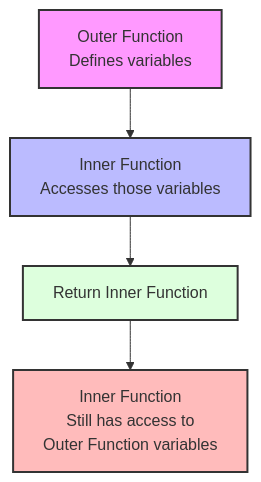
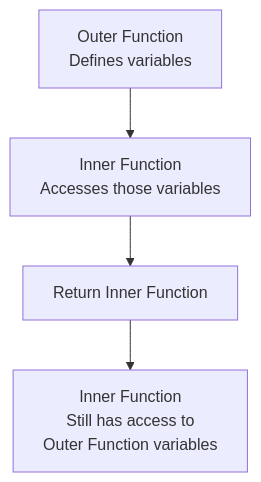
Before and after one commit to AhmeDiaaU/PythonDocumentation: the second of 9 diagrams in Functions/Closure.md, drawn with Mermaid. The commit also changed other lines of this file, not shown here.

````diff
--- a/Functions/Closure.md
+++ b/Functions/Closure.md
@@ -78,19 +41,6 @@
 ```mermaid
-
 flowchart TD
-
-    A["Outer Function<br>Defines variables"] --> B["Inner Function<br>Accesses those variables"]
-
-    B --> C["Return Inner Function"]
-
-    C --> D["Inner Function<br>Still has access to<br>Outer Function variables"]
-
-    style A fill:#f9f,stroke:#333,stroke-width:2px
-
-    style B fill:#bbf,stroke:#333,stroke-width:2px
-
-    style C fill:#dfd,stroke:#333,stroke-width:2px
-
-    style D fill:#fbb,stroke:#333,stroke-width:2px
-
+    A["Outer Function<br>Defines variables"] --> B["Inner Function<br>Accesses those variables"]
+    B --> C["Return Inner Function"]
+    C --> D["Inner Function<br>Still has access to<br>Outer Function variables"]
 ```
````
